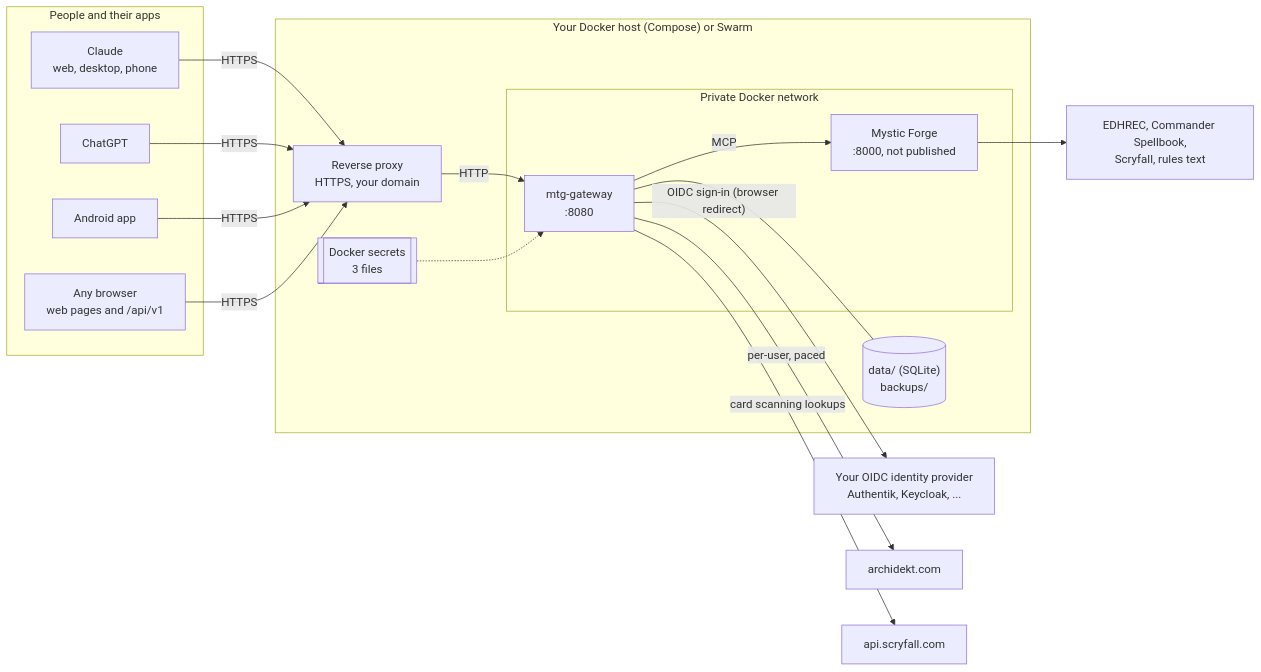
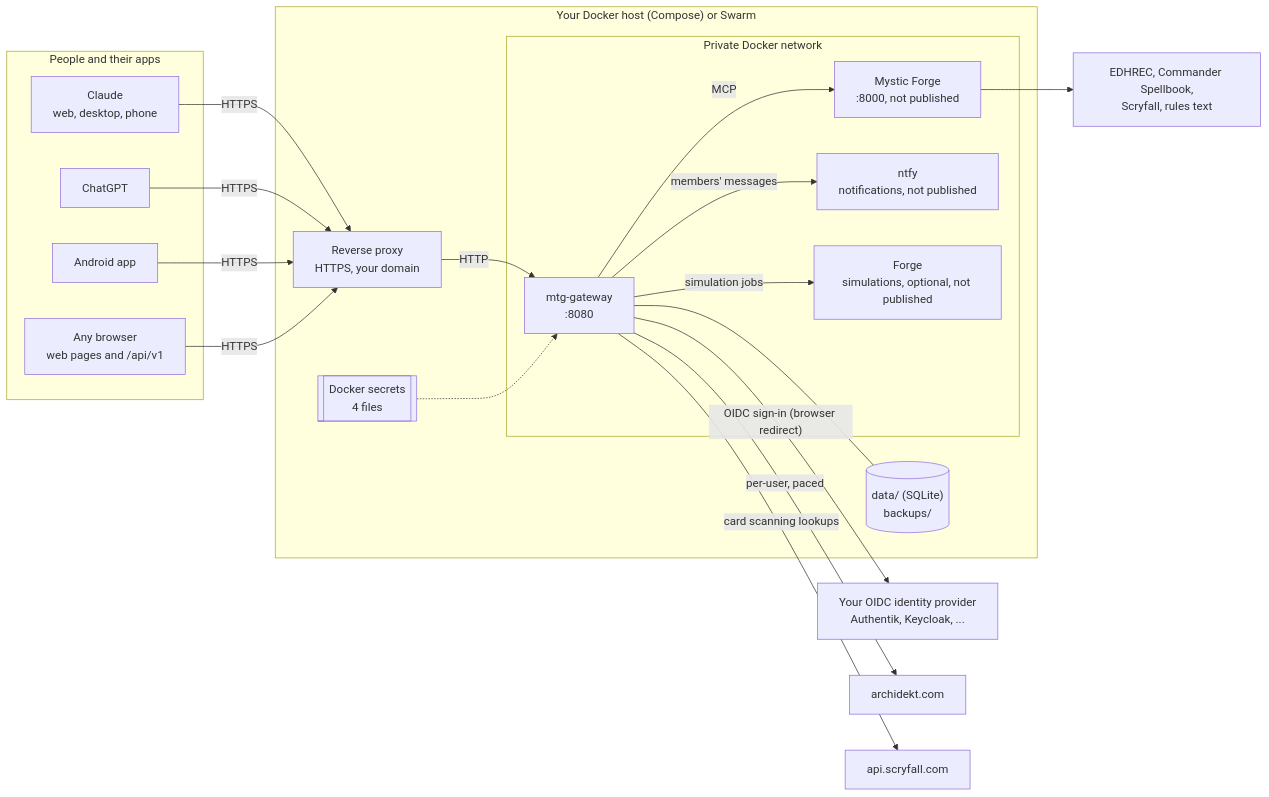
One commit to TheUncleBen/MTG-Assistant-Gateway changed the first of 2 diagrams in docs/ARCHITECTURE.md. Above: the diagram before and after it, drawn with Mermaid. The commit also changed other lines of this file and 206 other files, not shown here.

````diff
--- a/docs/ARCHITECTURE.md
+++ b/docs/ARCHITECTURE.md
@@ -8,34 +8,38 @@
 ```mermaid
 flowchart LR
   subgraph clients["People and their apps"]
     claude["Claude<br/>web, desktop, phone"]
     chatgpt["ChatGPT"]
     android["Android app"]
     browser["Any browser<br/>web pages and /api/v1"]
   end
 
   subgraph host["Your Docker host (Compose) or Swarm"]
     proxy["Reverse proxy<br/>HTTPS, your domain"]
     subgraph net["Private Docker network"]
       gw["mtg-gateway<br/>:8080"]
       mf["Mystic Forge<br/>:8000, not published"]
+      ntfy["ntfy<br/>notifications, not published"]
+      forge["Forge<br/>simulations, optional, not published"]
     end
     data[("data/ (SQLite)<br/>backups/")]
-    secrets[["Docker secrets<br/>3 files"]]
+    secrets[["Docker secrets<br/>4 files"]]
   end
 
   idp["Your OIDC identity provider<br/>Authentik, Keycloak, ..."]
   archidekt["archidekt.com"]
   scryfall["api.scryfall.com"]
   upstream["EDHREC, Commander Spellbook,<br/>Scryfall, rules text"]
 
   claude & chatgpt & android & browser -- HTTPS --> proxy
   proxy -- HTTP --> gw
   gw -- MCP --> mf
+  gw -- "members' messages" --> ntfy
+  gw -- "simulation jobs" --> forge
   gw --- data
   secrets -.-> gw
   gw -- "OIDC sign-in (browser redirect)" --> idp
   gw -- "per-user, paced" --> archidekt
   gw -- "card scanning lookups" --> scryfall
   mf --> upstream
 ```
````
